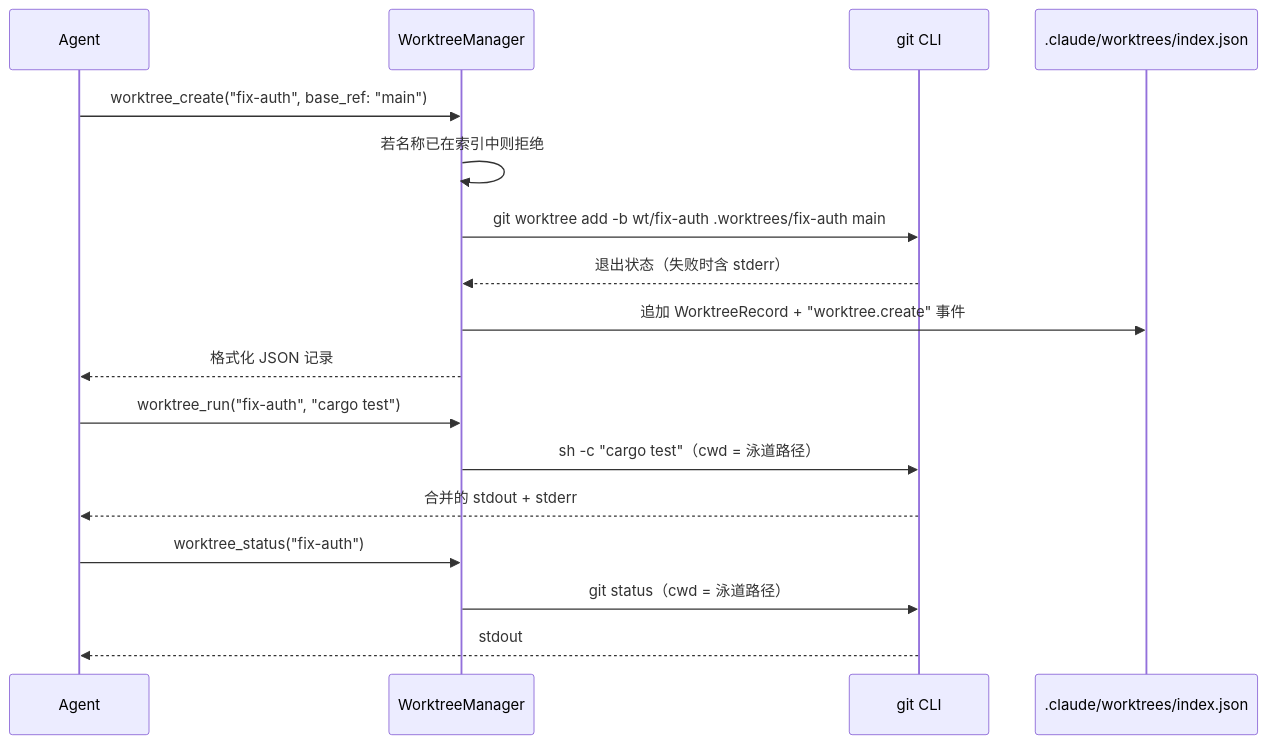
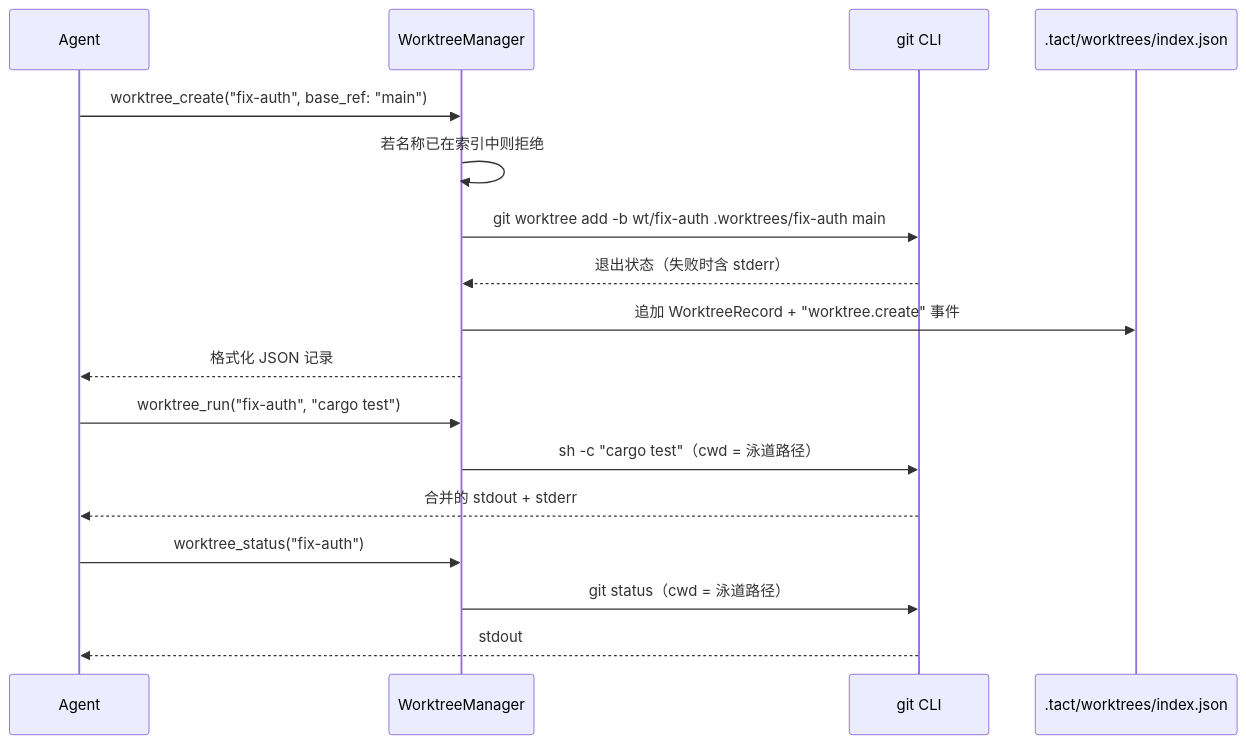
Before and after one commit to rust-infra/tact: the diagram in book/15_chapter_worktree_zh.md, drawn with Mermaid. The commit also changed other lines of this file and 83 other files, not shown here.

````diff
--- a/book/15_chapter_worktree_zh.md
+++ b/book/15_chapter_worktree_zh.md
@@ -61,22 +61,22 @@
 ```mermaid
 sequenceDiagram
     participant Agent
     participant WM as WorktreeManager
     participant Git as git CLI
-    participant FS as .claude/worktrees/index.json
+    participant FS as .tact/worktrees/index.json
 
     Agent->>WM: worktree_create("fix-auth", base_ref: "main")
     WM->>WM: 若名称已在索引中则拒绝
     WM->>Git: git worktree add -b wt/fix-auth .worktrees/fix-auth main
     Git-->>WM: 退出状态（失败时含 stderr）
     WM->>FS: 追加 WorktreeRecord + "worktree.create" 事件
     WM-->>Agent: 格式化 JSON 记录
 
     Agent->>WM: worktree_run("fix-auth", "cargo test")
     WM->>Git: sh -c "cargo test"（cwd = 泳道路径）
     Git-->>Agent: 合并的 stdout + stderr
 
     Agent->>WM: worktree_status("fix-auth")
     WM->>Git: git status（cwd = 泳道路径）
     Git-->>Agent: stdout
 ```
````
